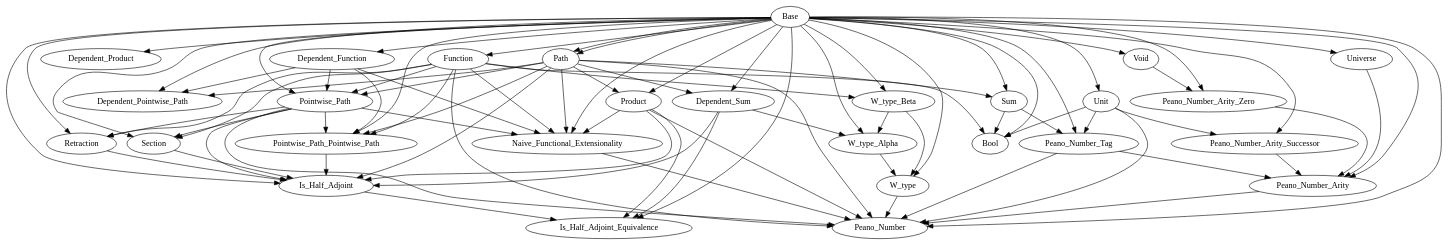
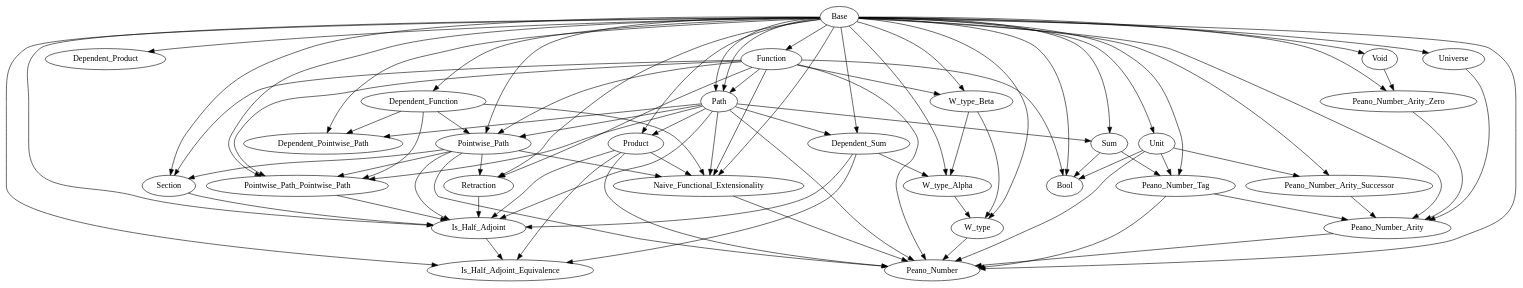
Before and after one commit to Hexirp/googology-in-coq: the diagram in libraries/dependencies.gv, drawn with Graphviz. The commit also changed 1 other file, not shown here.

Commit message:
Add: ap_Path の等式を

```diff
--- a/libraries/dependencies.gv
+++ b/libraries/dependencies.gv
@@ -1,114 +1,115 @@
 digraph Dependencies {
   # Base
   # Dependent_Function
   "Base" -> "Dependent_Function";
   # Function
   "Base" -> "Function";
   # Dependent_Product
   "Base" -> "Dependent_Product";
   # Path
   "Base" -> "Path";
+  "Function" -> "Path";
   # Dependent_Sum
   "Base" -> "Dependent_Sum";
   "Path" -> "Dependent_Sum";
   # Product
   "Base" -> "Product";
   "Path" -> "Product";
   # Sum
   "Base" -> "Sum";
   "Path" -> "Sum";
   # Unit
   "Base" -> "Unit";
   "Base" -> "Path";
   # Void
   "Base" -> "Void";
   # W_type_Beta
   "Base" -> "W_type_Beta";
   "Function" -> "W_type_Beta";
   # W_type_Alpha
   "Base" -> "W_type_Alpha";
   "Dependent_Sum" -> "W_type_Alpha";
   "W_type_Beta" -> "W_type_Alpha";
   # W_type
   "Base" -> "W_type";
   "W_type_Alpha" -> "W_type";
   "W_type_Beta" -> "W_type";
   # Universe
   "Base" -> "Universe";
   # Dependent_Pointwise_Path
   "Base" -> "Dependent_Pointwise_Path";
   "Dependent_Function" -> "Dependent_Pointwise_Path";
   "Path" -> "Dependent_Pointwise_Path";
   # Pointwise_Path
   "Base" -> "Pointwise_Path";
   "Dependent_Function" -> "Pointwise_Path";
   "Function" -> "Pointwise_Path";
   "Path" -> "Pointwise_Path";
   # Pointwise_Path_Pointwise_Path
   "Base" -> "Pointwise_Path_Pointwise_Path";
   "Dependent_Function" -> "Pointwise_Path_Pointwise_Path";
   "Function" -> "Pointwise_Path_Pointwise_Path";
   "Path" -> "Pointwise_Path_Pointwise_Path";
   "Pointwise_Path" -> "Pointwise_Path_Pointwise_Path";
   # Section
   "Base" -> "Section";
   "Function" -> "Section";
   "Pointwise_Path" -> "Section";
   # Retraction
   "Base" -> "Retraction";
   "Function" -> "Retraction";
   "Pointwise_Path" -> "Retraction";
   # Is_Half_Adjoint
   "Base" -> "Is_Half_Adjoint";
   "Dependent_Sum" -> "Is_Half_Adjoint";
   "Product" -> "Is_Half_Adjoint";
   "Path" -> "Is_Half_Adjoint";
   "Pointwise_Path" -> "Is_Half_Adjoint";
   "Pointwise_Path_Pointwise_Path" -> "Is_Half_Adjoint";
   "Section" -> "Is_Half_Adjoint";
   "Retraction" -> "Is_Half_Adjoint";
   # Is_Half_Adjoint_Equivalence
   "Base" -> "Is_Half_Adjoint_Equivalence";
   "Dependent_Sum" -> "Is_Half_Adjoint_Equivalence";
   "Product" -> "Is_Half_Adjoint_Equivalence";
   "Is_Half_Adjoint" -> "Is_Half_Adjoint_Equivalence";
   # Naive_Functional_Extensionality
   "Base" -> "Naive_Functional_Extensionality";
   "Dependent_Function" -> "Naive_Functional_Extensionality";
   "Function" -> "Naive_Functional_Extensionality";
   "Product" -> "Naive_Functional_Extensionality";
   "Path" -> "Naive_Functional_Extensionality";
   "Pointwise_Path" -> "Naive_Functional_Extensionality";
   # Bool
   "Base" -> "Bool";
   "Function" -> "Bool";
   "Sum" -> "Bool";
   "Unit" -> "Bool";
   # Peano_Number_Tag
   "Base" -> "Peano_Number_Tag";
   "Sum" -> "Peano_Number_Tag";
   "Unit" -> "Peano_Number_Tag";
   # Peano_Number_Arity_Zero
   "Base" -> "Peano_Number_Arity_Zero";
   "Void" -> "Peano_Number_Arity_Zero";
   # Peano_Number_Arity_Successor
   "Base" -> "Peano_Number_Arity_Successor";
   "Unit" -> "Peano_Number_Arity_Successor";
   # Peano_Number_Arity
   "Base" -> "Peano_Number_Arity";
   "Universe" -> "Peano_Number_Arity";
   "Peano_Number_Tag" -> "Peano_Number_Arity";
   "Peano_Number_Arity_Zero" -> "Peano_Number_Arity";
   "Peano_Number_Arity_Successor" -> "Peano_Number_Arity";
   # Peano_Number
   "Base" -> "Peano_Number";
   "Function" -> "Peano_Number";
   "Product" -> "Peano_Number";
   "Unit" -> "Peano_Number";
   "W_type" -> "Peano_Number";
   "Path" -> "Peano_Number";
   "Pointwise_Path" -> "Peano_Number";
   "Naive_Functional_Extensionality" -> "Peano_Number";
   "Peano_Number_Tag" -> "Peano_Number";
   "Peano_Number_Arity" -> "Peano_Number";
 }
```
